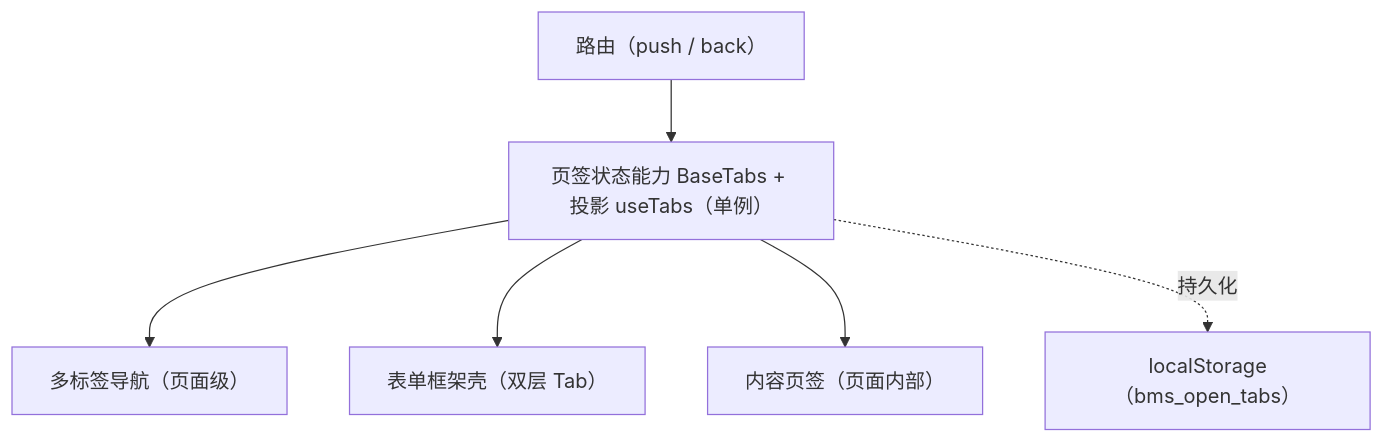
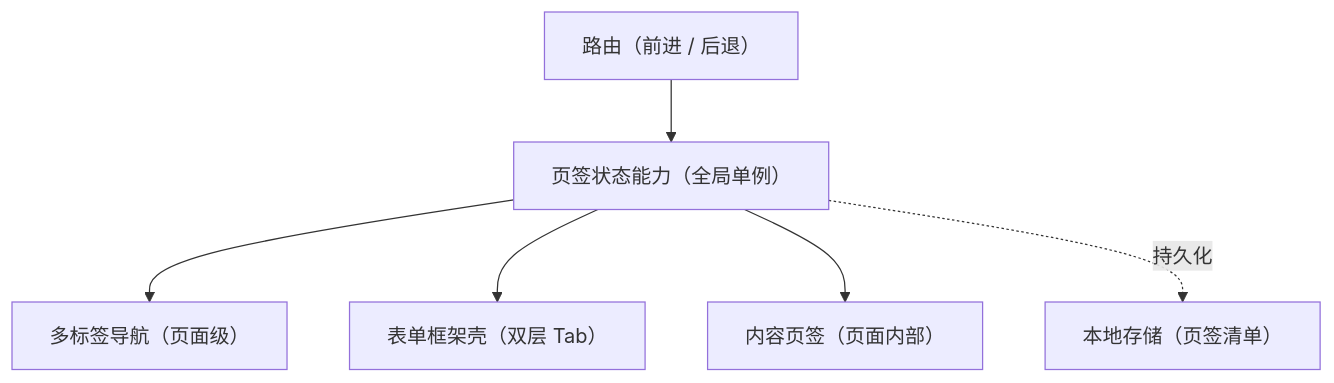
One commit to minjian123/basic-management-system changed the diagram in bms文档/设计/组件设计/02_基础组件类/02_能力类/15_组件设计_页签状态能力/15_组件设计_页签状态能力.md. Above: the diagram before and after it, drawn with Mermaid. The commit also changed other lines of this file and 238 other files, not shown here.

````diff
--- a/bms文档/设计/组件设计/02_基础组件类/02_能力类/15_组件设计_页签状态能力/15_组件设计_页签状态能力.md
+++ b/bms文档/设计/组件设计/02_基础组件类/02_能力类/15_组件设计_页签状态能力/15_组件设计_页签状态能力.md
@@ -15,8 +16,8 @@
 ```mermaid
 flowchart TD
-    T["页签状态能力 BaseTabs + 投影 useTabs（单例）"] --> N["多标签导航（页面级）"]
+    T["页签状态能力（全局单例）"] --> N["多标签导航（页面级）"]
     T --> F["表单框架壳（双层 Tab）"]
     T --> C["内容页签（页面内部）"]
-    R["路由（push / back）"] --> T
-    T -. 持久化 .-> LS["localStorage（bms_open_tabs）"]
+    R["路由（前进 / 后退）"] --> T
+    T -. 持久化 .-> LS["本地存储（页签清单）"]
 ```
````
